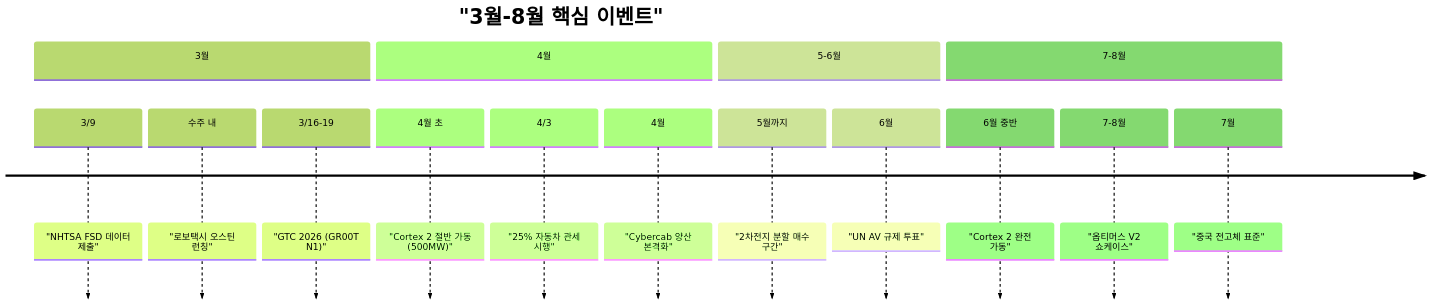
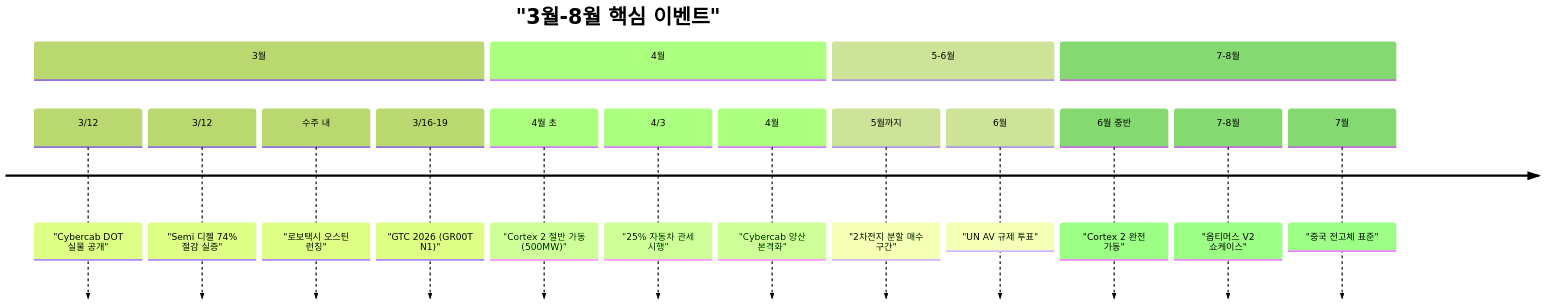
The fifth of 5 diagrams in _posts/knowledge/invest/2026-01-21-automotive-robotics-sector-outlook-2026.md (dss99911/dss99911.github.io), drawn with Mermaid (forest theme) before and after one commit. The commit also changed other lines of this file and 4 other files, not shown here.

````diff
--- a/_posts/knowledge/invest/2026-01-21-automotive-robotics-sector-outlook-2026.md
+++ b/_posts/knowledge/invest/2026-01-21-automotive-robotics-sector-outlook-2026.md
@@ -376,19 +406,20 @@
 ```mermaid
 timeline
     title "3월-8월 핵심 이벤트"
     section 3월
-        3/9 : "NHTSA FSD 데이터 제출"
+        3/12 : "Cybercab DOT 실물 공개"
+        3/12 : "Semi 디젤 74% 절감 실증"
         수주 내 : "로보택시 오스틴 런칭"
         3/16-19 : "GTC 2026 (GR00T N1)"
     section 4월
         4월 초 : "Cortex 2 절반 가동 (500MW)"
         4/3 : "25% 자동차 관세 시행"
         4월 : "Cybercab 양산 본격화"
     section 5-6월
         5월까지 : "2차전지 분할 매수 구간"
         6월 : "UN AV 규제 투표"
     section 7-8월
         6월 중반 : "Cortex 2 완전 가동"
         7-8월 : "옵티머스 V2 쇼케이스"
         7월 : "중국 전고체 표준"
 ```
````
